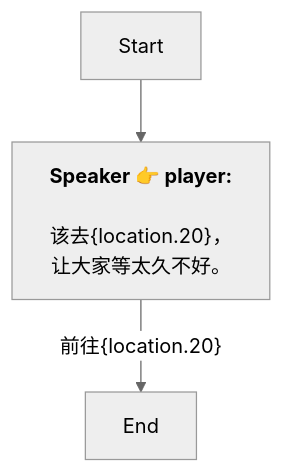
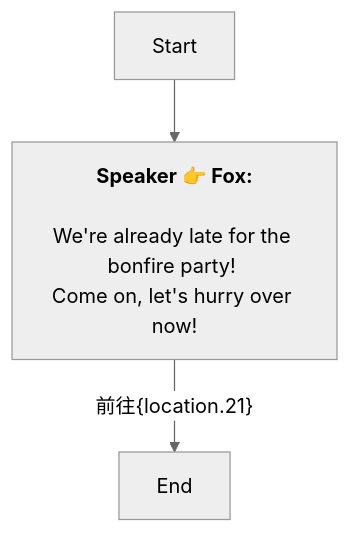
One commit to SoftHu/tos_avg changed the diagram in Zh/QuestStartTalkENode_1741807069284794.md. Above: the diagram before and after it, drawn with Mermaid (neutral theme). The commit also changed 780 other files, not shown here.

````diff
--- a/Zh/QuestStartTalkENode_1741807069284794.md
+++ b/Zh/QuestStartTalkENode_1741807069284794.md
@@ -1,8 +1,8 @@
 ```mermaid
 graph
-Start -->1741807087283645[<b>Speaker 👉 player:</b>
-\n该去&lbrace;location.20&rbrace;，
-让大家等太久不好。]
-1741807087283645 -->|前往&lbrace;location.20&rbrace;|1741807120502209[End]
+Start -->1741807087283645[<b>Speaker 👉 Fox:</b>
+\nWe're already late for the bonfire party! 
+Come on, let's hurry over now!]
+1741807087283645 -->|前往&lbrace;location.21&rbrace;|1741807120502209[End]
 
 ```
````
